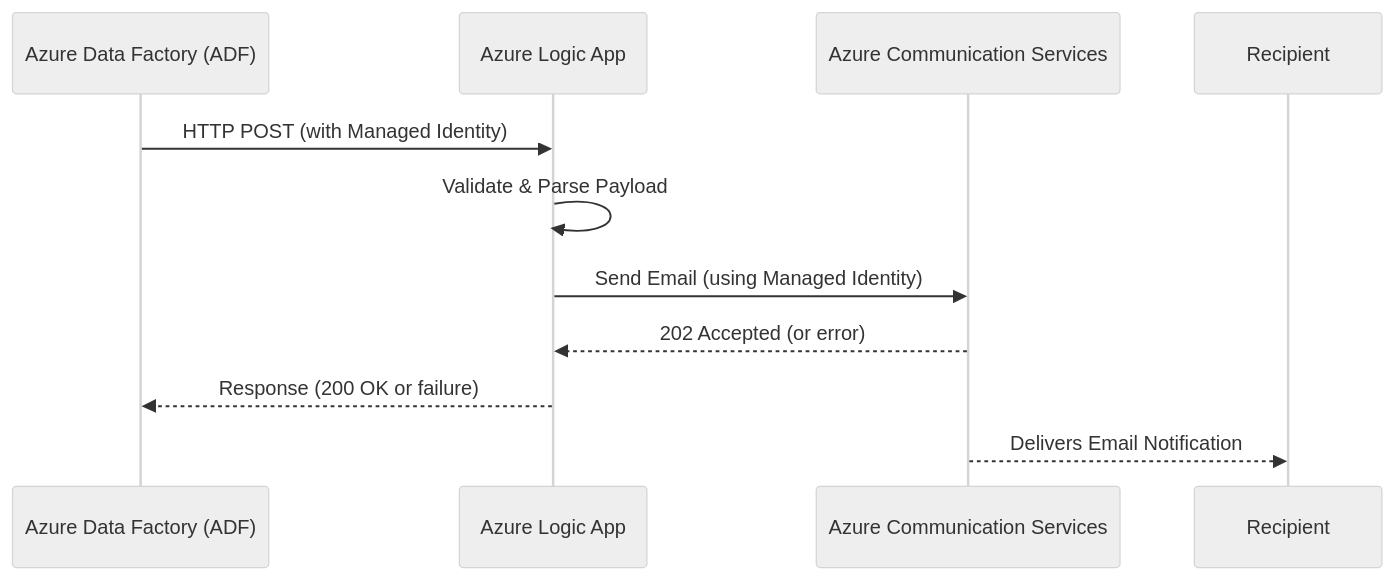
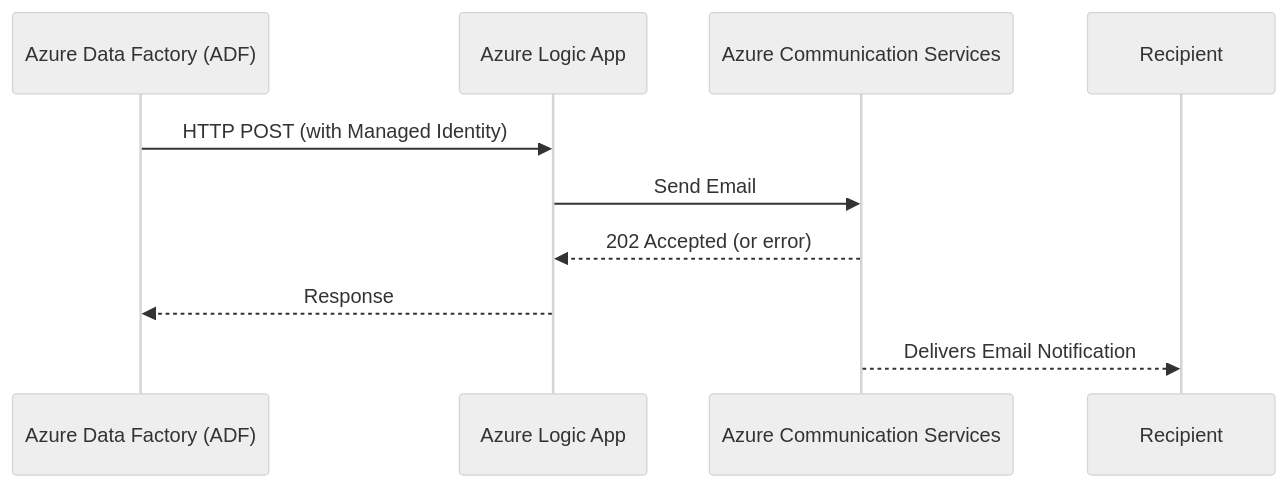
One commit to preedep/adf-notification-alert changed the first of 2 diagrams in README.md. Above: the diagram before and after it, drawn with Mermaid (neutral theme). The commit also changed other lines of this file and 1 other file, not shown here.

````diff
--- a/README.md
+++ b/README.md
@@ -166,14 +144,13 @@
 ```mermaid
 sequenceDiagram
     participant ADF as Azure Data Factory (ADF)
     participant LogicApp as Azure Logic App
     participant ACS as Azure Communication Services
     participant Email as Recipient
 
     ADF->>LogicApp: HTTP POST (with Managed Identity)
-    LogicApp->>LogicApp: Validate & Parse Payload
-    LogicApp->>ACS: Send Email (using Managed Identity)
+    LogicApp->>ACS: Send Email
     ACS-->>LogicApp: 202 Accepted (or error)
-    LogicApp-->>ADF: Response (200 OK or failure)
+    LogicApp-->>ADF: Response
     ACS-->>Email: Delivers Email Notification
 ```
````
